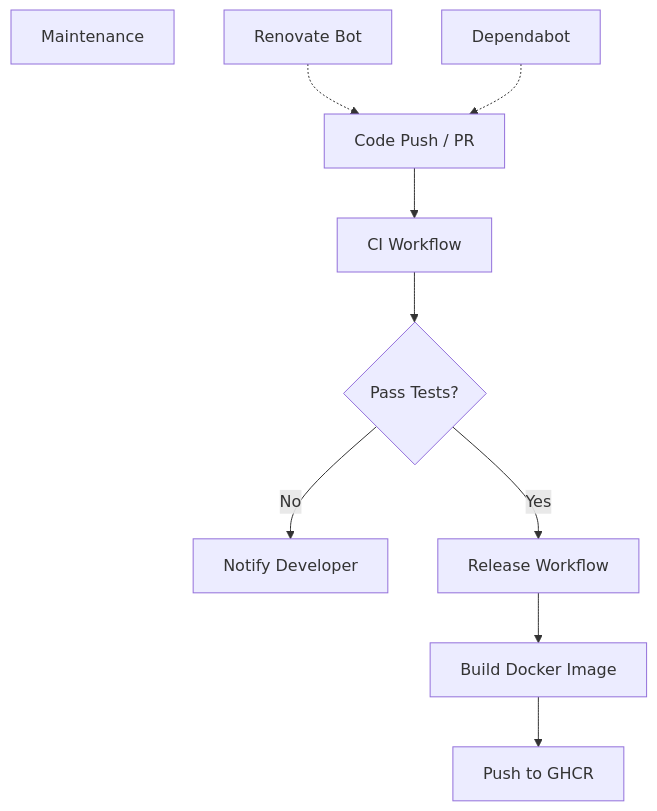
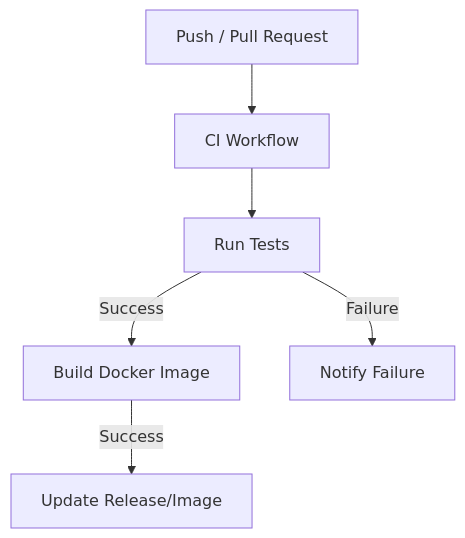
One commit to Avkroken/Docker-idempotent-update changed the diagram in .cubic/wiki/06-sec-infrastructure/01-page-ci-cd.md. Above: the diagram before and after it, drawn with Mermaid. The commit also changed other lines of this file and 42 other files, not shown here.

````diff
--- a/.cubic/wiki/06-sec-infrastructure/01-page-ci-cd.md
+++ b/.cubic/wiki/06-sec-infrastructure/01-page-ci-cd.md
@@ -41,13 +33,8 @@
 ```mermaid
 flowchart TD
-    Start[Code Push / PR] --> CI[CI Workflow]
-    CI --> Tests{Pass Tests?}
-    Tests -- No --> Fail[Notify Developer]
-    Tests -- Yes --> Release[Release Workflow]
-    Release --> Docker[Build Docker Image]
-    Docker --> GHCR[Push to GHCR]
-    
-    SubGraph1[Maintenance]
-    Renovate[Renovate Bot] -.-> Start
-    Dependabot[Dependabot] -.-> Start
+    Start[Push / Pull Request] --> CI_Job[CI Workflow]
+    CI_Job --> Tests[Run Tests]
+    Tests -- Success --> Build[Build Docker Image]
+    Build -- Success --> Publish[Update Release/Image]
+    Tests -- Failure --> Stop[Notify Failure]
 ```
````
